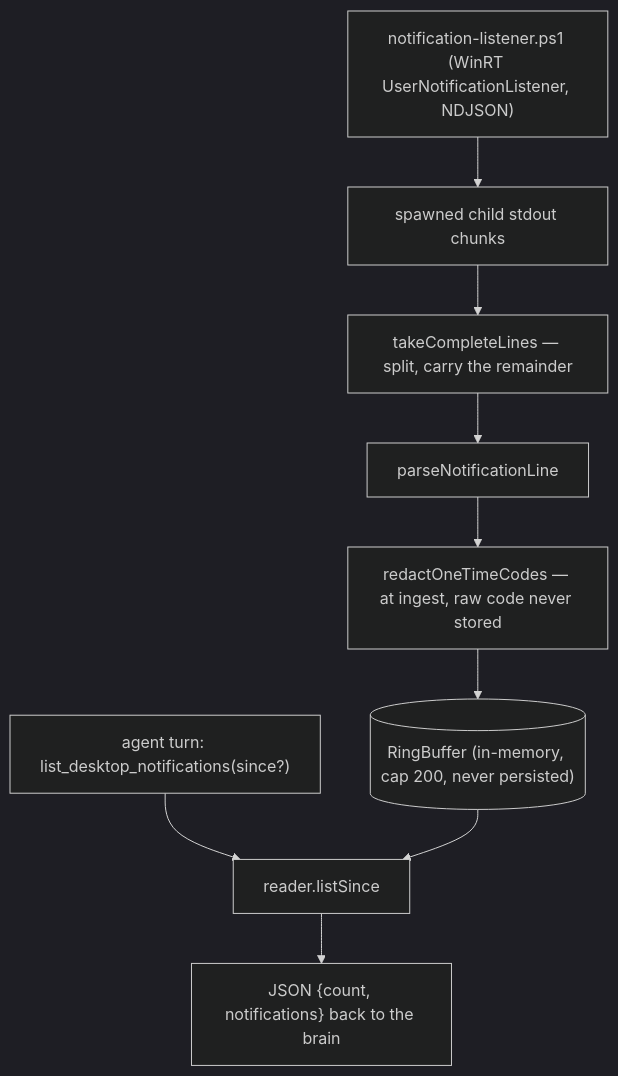
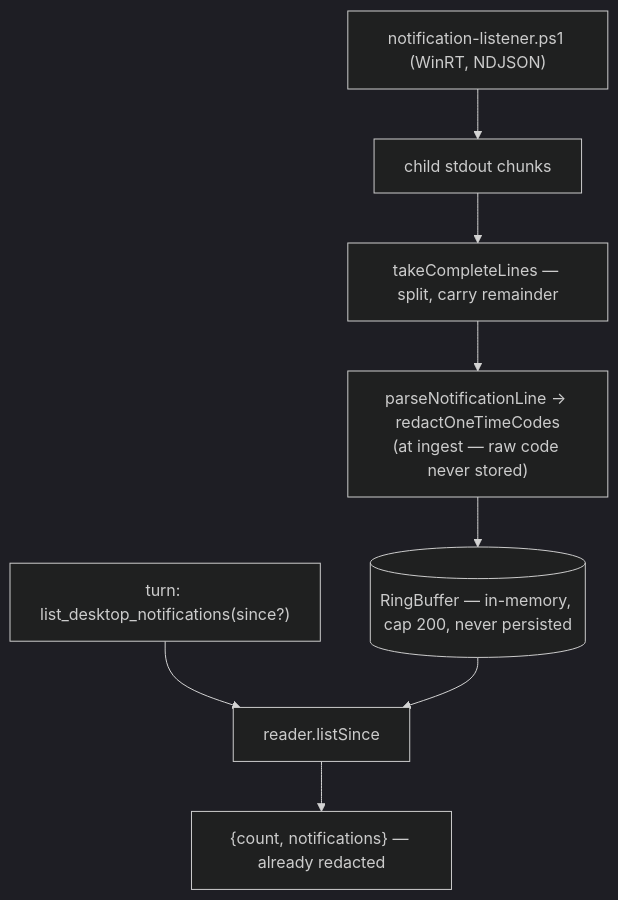
The second of 4 diagrams in .claude/docs/desktop-control/structure.md (chadnicely/Vynel-Demo), drawn with Mermaid (dark theme) before and after one commit. The commit also changed other lines of this file and 3 other files, not shown here.

````diff
--- a/.claude/docs/desktop-control/structure.md
+++ b/.claude/docs/desktop-control/structure.md
@@ -96,11 +185,10 @@
 ```mermaid
 flowchart TD
-    A["notification-listener.ps1 (WinRT UserNotificationListener, NDJSON)"] --> B["spawned child stdout chunks"]
-    B --> C["takeCompleteLines — split, carry the remainder"]
-    C --> D["parseNotificationLine"]
-    D --> E["redactOneTimeCodes — at ingest, raw code never stored"]
-    E --> F[("RingBuffer (in-memory, cap 200, never persisted)")]
-    G["agent turn: list_desktop_notifications(since?)"] --> H["reader.listSince"]
-    F --> H
-    H --> I["JSON {count, notifications} back to the brain"]
+    A["notification-listener.ps1 (WinRT, NDJSON)"] --> B["child stdout chunks"]
+    B --> C["takeCompleteLines — split, carry remainder"]
+    C --> D["parseNotificationLine → redactOneTimeCodes\n(at ingest — raw code never stored)"]
+    D --> E[("RingBuffer — in-memory, cap 200, never persisted")]
+    F["turn: list_desktop_notifications(since?)"] --> G["reader.listSince"]
+    E --> G
+    G --> H["{count, notifications} — already redacted"]
 ```
````
